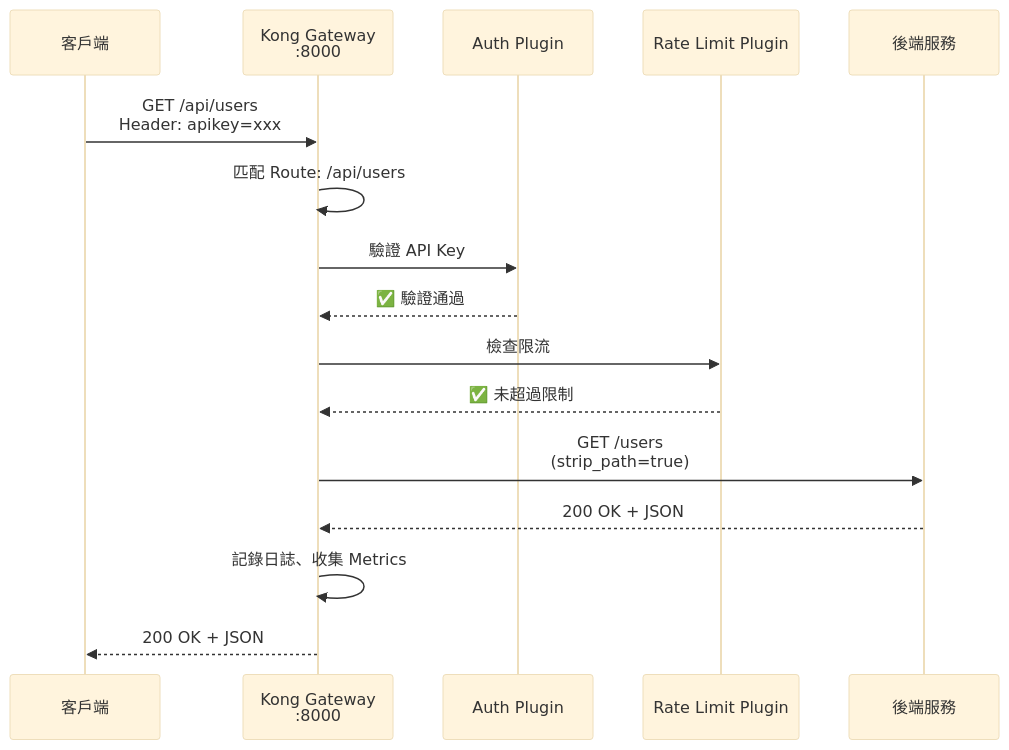
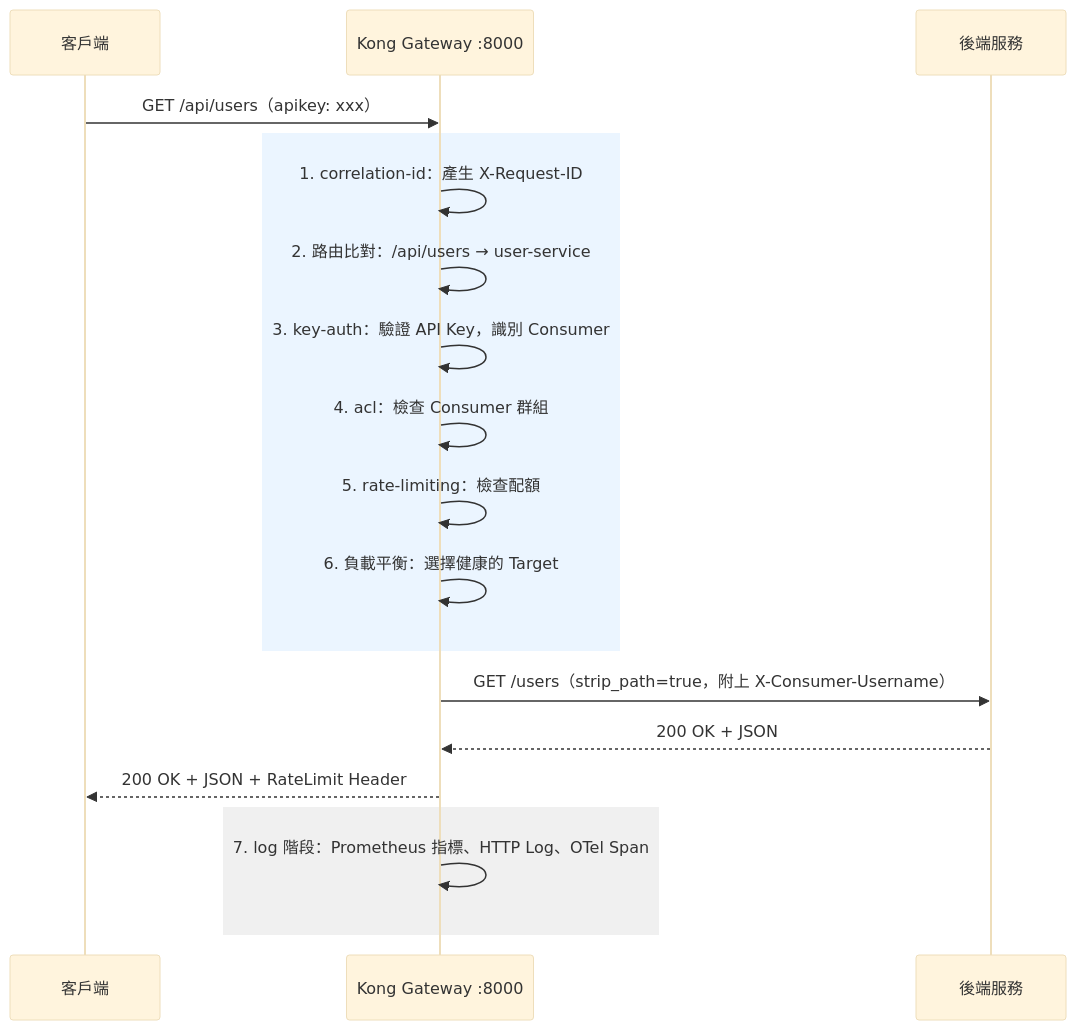
Before and after one commit to chihhung/Blog: diagram 11 of 22 in content/posts/教學/工具/Kong API Gateway教學手冊.md, drawn with Mermaid (base theme). The commit also changed other lines of this file and 10 other files, not shown here.

````diff
--- a/content/posts/教學/工具/Kong API Gateway教學手冊.md
+++ b/content/posts/教學/工具/Kong API Gateway教學手冊.md
@@ -1063,19 +1899,22 @@
 ```mermaid
 sequenceDiagram
     participant Client as 客戶端
-    participant Kong as Kong Gateway<br/>:8000
-    participant Auth as Auth Plugin
-    participant RateLimit as Rate Limit Plugin
+    participant Kong as Kong Gateway :8000
     participant Backend as 後端服務
-    
-    Client->>Kong: GET /api/users<br/>Header: apikey=xxx
-    Kong->>Kong: 匹配 Route: /api/users
-    Kong->>Auth: 驗證 API Key
-    Auth-->>Kong: ✅ 驗證通過
-    Kong->>RateLimit: 檢查限流
-    RateLimit-->>Kong: ✅ 未超過限制
-    Kong->>Backend: GET /users<br/>(strip_path=true)
+
+    Client->>Kong: GET /api/users（apikey: xxx）
+    rect rgb(235, 245, 255)
+        Kong->>Kong: 1. correlation-id：產生 X-Request-ID
+        Kong->>Kong: 2. 路由比對：/api/users → user-service
+        Kong->>Kong: 3. key-auth：驗證 API Key，識別 Consumer
+        Kong->>Kong: 4. acl：檢查 Consumer 群組
+        Kong->>Kong: 5. rate-limiting：檢查配額
+        Kong->>Kong: 6. 負載平衡：選擇健康的 Target
+    end
+    Kong->>Backend: GET /users（strip_path=true，附上 X-Consumer-Username）
     Backend-->>Kong: 200 OK + JSON
-    Kong->>Kong: 記錄日誌、收集 Metrics
-    Kong-->>Client: 200 OK + JSON
+    Kong-->>Client: 200 OK + JSON + RateLimit Header
+    rect rgb(240, 240, 240)
+        Kong->>Kong: 7. log 階段：Prometheus 指標、HTTP Log、OTel Span
+    end
 ```
````
